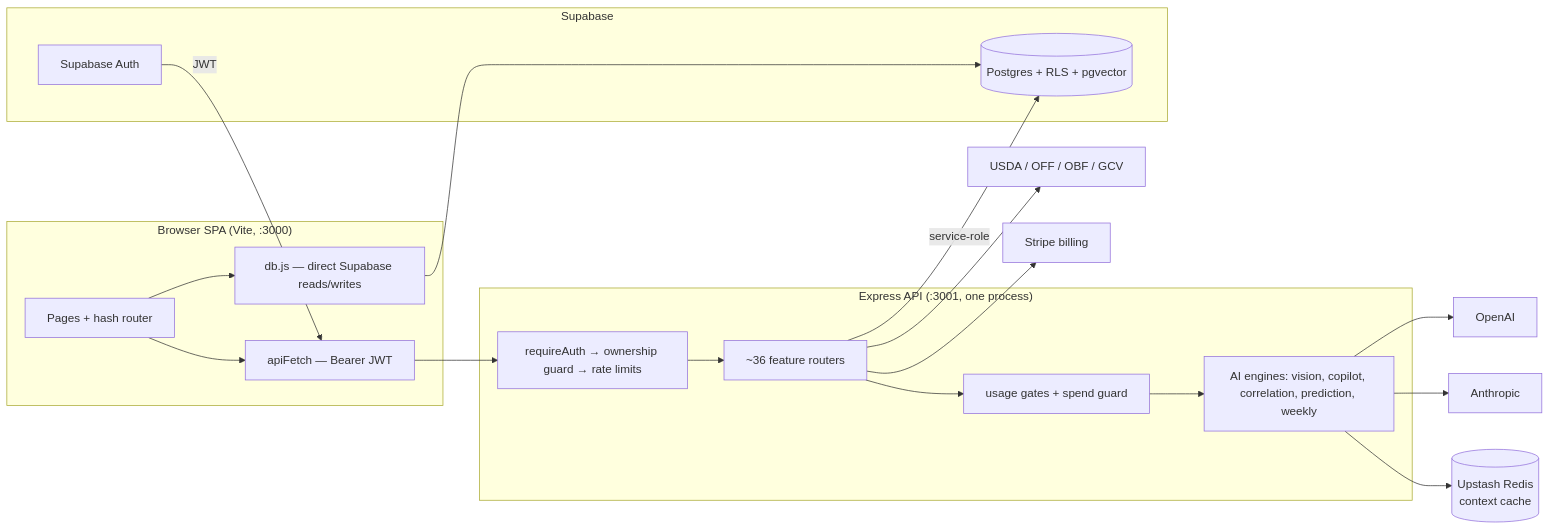
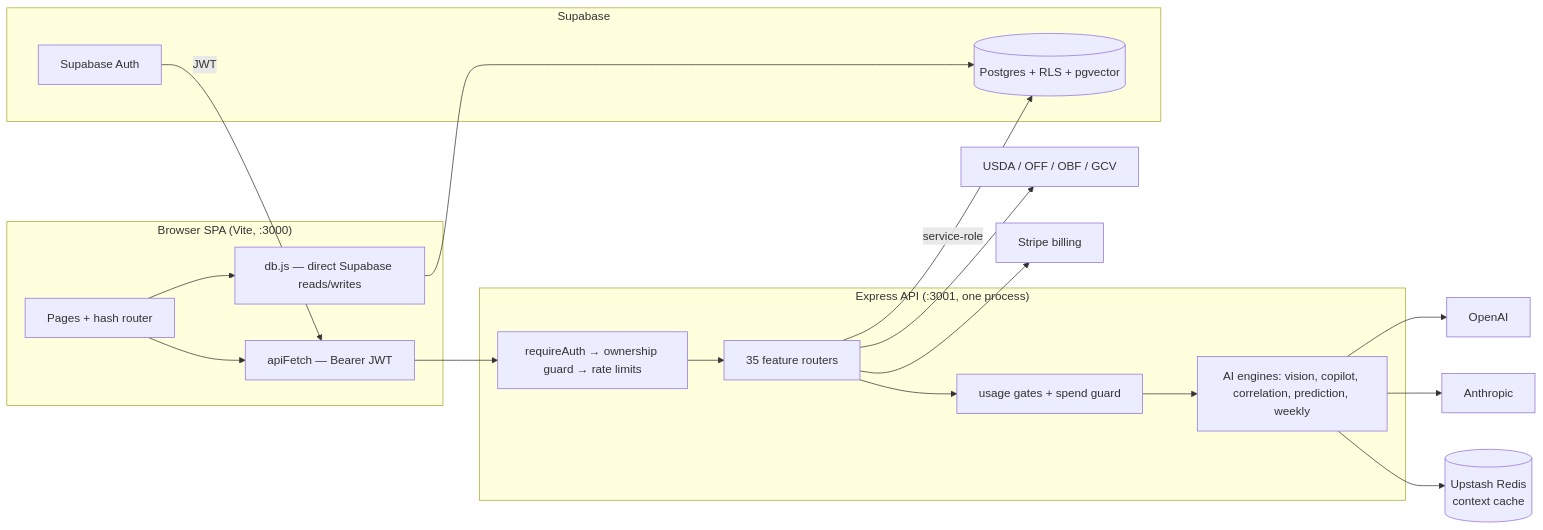
One commit to zacharyperrino/vitallens.app changed the diagram in docs/architecture.md. Above: the diagram before and after it, drawn with Mermaid. The commit also changed other lines of this file and 20 other files, not shown here.

First line of the commit message:
docs: audit remediation addendum (§5), knowledge base + vault refreshed to the final state, ROADMAP owner steps, ignore Obsidian UI state

````diff
--- a/docs/architecture.md
+++ b/docs/architecture.md
@@ -18,30 +18,30 @@
 ```mermaid
 flowchart LR
   subgraph Browser["Browser SPA (Vite, :3000)"]
     UI[Pages + hash router]
     DB1[db.js — direct Supabase reads/writes]
     API1[apiFetch — Bearer JWT]
   end
 
   subgraph Server["Express API (:3001, one process)"]
     MW[requireAuth → ownership guard → rate limits]
-    Routes[~36 feature routers]
+    Routes[35 feature routers]
     Gates[usage gates + spend guard]
     Engines[AI engines: vision, copilot, correlation, prediction, weekly]
   end
 
   subgraph Supabase
     PG[(Postgres + RLS + pgvector)]
     Auth[Supabase Auth]
   end
 
   UI --> DB1 --> PG
   UI --> API1 --> MW --> Routes --> Gates --> Engines
   Routes -->|service-role| PG
   Auth -->|JWT| API1
   Engines --> OpenAI[OpenAI]
   Engines --> Anthropic[Anthropic]
   Routes --> Ext[USDA / OFF / OBF / GCV]
   Engines --> Redis[(Upstash Redis\ncontext cache)]
   Routes --> Stripe[Stripe billing]
 ```
````
